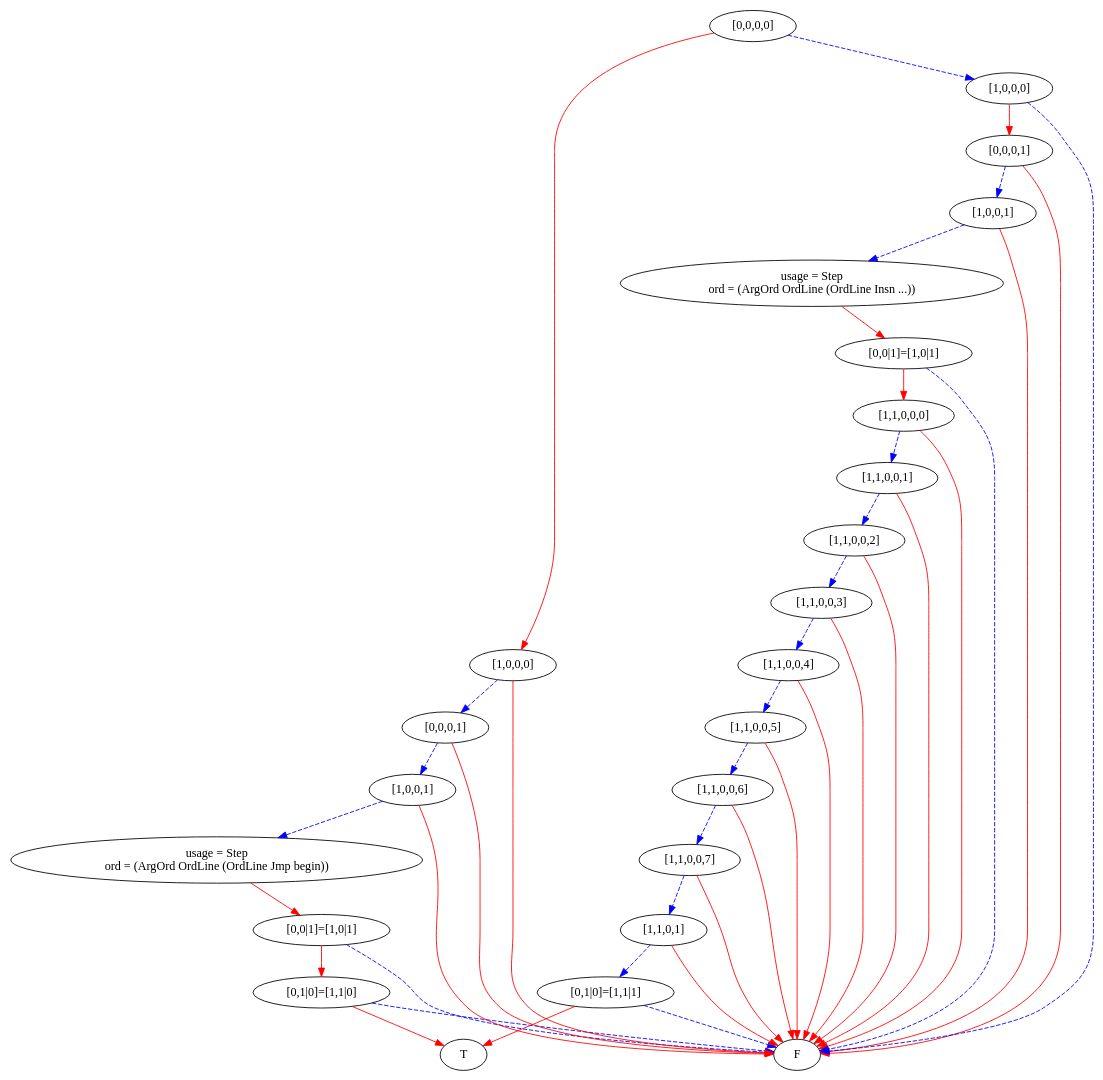
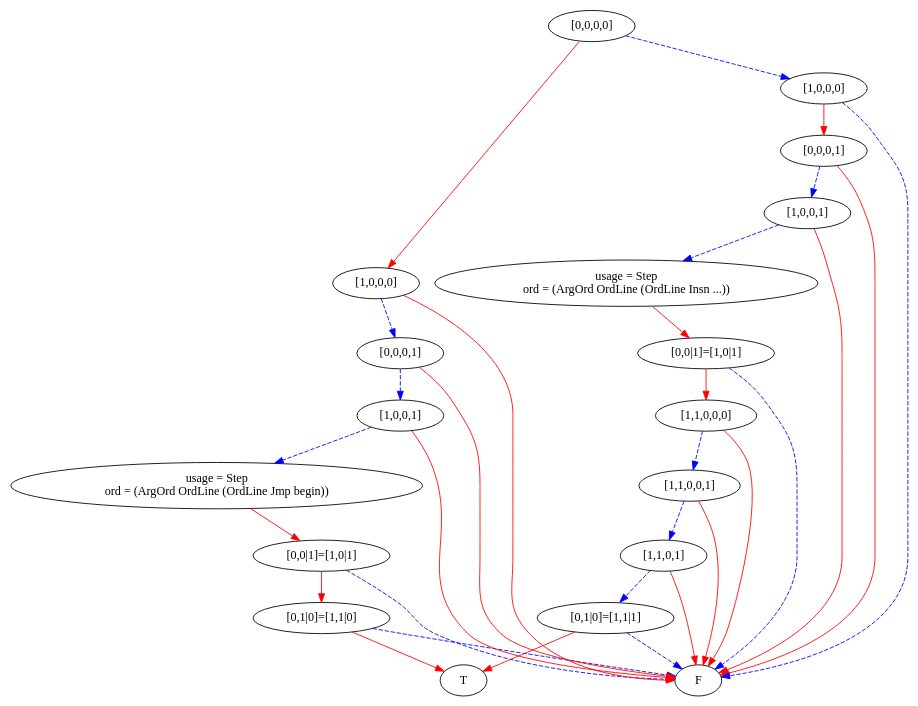
The diagram in simpleProgram5b.dot (mburyakov/minxmod), drawn with Graphviz before and after one commit. The commit also changed 1 other file, not shown here.

```diff
--- a/simpleProgram5b.dot
+++ b/simpleProgram5b.dot
@@ -1,88 +1,64 @@
 digraph {
     1 [label=F];
     2 [label=T];
     3 [label="[0,1|0]=[1,1|0]"];
     4 [label="[0,0|1]=[1,0|1]"];
     5 [label="usage = Step\nord = (ArgOrd OrdLine (OrdLine Jmp begin))"];
     6 [label="[1,0,0,1]"];
     7 [label="[0,0,0,1]"];
     8 [label="[1,0,0,0]"];
     9 [label="[0,1|0]=[1,1|1]"];
     10 [label="[1,1,0,1]"];
-    11 [label="[1,1,0,0,7]"];
-    12 [label="[1,1,0,0,6]"];
-    13 [label="[1,1,0,0,5]"];
-    14 [label="[1,1,0,0,4]"];
-    15 [label="[1,1,0,0,3]"];
-    16 [label="[1,1,0,0,2]"];
-    17 [label="[1,1,0,0,1]"];
-    18 [label="[1,1,0,0,0]"];
-    19 [label="[0,0|1]=[1,0|1]"];
-    20 [label="usage = Step\nord = (ArgOrd OrdLine (OrdLine Insn ...))"];
-    21 [label="[1,0,0,1]"];
-    22 [label="[0,0,0,1]"];
-    23 [label="[1,0,0,0]"];
-    24 [label="[0,0,0,0]"];
+    11 [label="[1,1,0,0,1]"];
+    12 [label="[1,1,0,0,0]"];
+    13 [label="[0,0|1]=[1,0|1]"];
+    14 [label="usage = Step\nord = (ArgOrd OrdLine (OrdLine Insn ...))"];
+    15 [label="[1,0,0,1]"];
+    16 [label="[0,0,0,1]"];
+    17 [label="[1,0,0,0]"];
+    18 [label="[0,0,0,0]"];
     3 -> 1 [style=dashed
            ,color=blue];
     3 -> 2 [color=red];
     4 -> 3 [color=red];
     4 -> 1 [style=dashed
            ,color=blue];
     5 -> 4 [color=red];
     6 -> 5 [style=dashed
            ,color=blue];
     6 -> 1 [color=red];
     7 -> 6 [style=dashed
            ,color=blue];
     7 -> 1 [color=red];
     8 -> 7 [style=dashed
            ,color=blue];
     8 -> 1 [color=red];
     9 -> 1 [style=dashed
            ,color=blue];
     9 -> 2 [color=red];
     10 -> 9 [style=dashed
             ,color=blue];
     10 -> 1 [color=red];
     11 -> 10 [style=dashed
              ,color=blue];
     11 -> 1 [color=red];
     12 -> 11 [style=dashed
              ,color=blue];
     12 -> 1 [color=red];
-    13 -> 12 [style=dashed
-             ,color=blue];
-    13 -> 1 [color=red];
-    14 -> 13 [style=dashed
-             ,color=blue];
-    14 -> 1 [color=red];
+    13 -> 12 [color=red];
+    13 -> 1 [style=dashed
+            ,color=blue];
+    14 -> 13 [color=red];
     15 -> 14 [style=dashed
              ,color=blue];
     15 -> 1 [color=red];
     16 -> 15 [style=dashed
              ,color=blue];
     16 -> 1 [color=red];
-    17 -> 16 [style=dashed
-             ,color=blue];
-    17 -> 1 [color=red];
+    17 -> 16 [color=red];
+    17 -> 1 [style=dashed
+            ,color=blue];
+    18 -> 8 [color=red];
     18 -> 17 [style=dashed
              ,color=blue];
-    18 -> 1 [color=red];
-    19 -> 18 [color=red];
-    19 -> 1 [style=dashed
-            ,color=blue];
-    20 -> 19 [color=red];
-    21 -> 20 [style=dashed
-             ,color=blue];
-    21 -> 1 [color=red];
-    22 -> 21 [style=dashed
-             ,color=blue];
-    22 -> 1 [color=red];
-    23 -> 22 [color=red];
-    23 -> 1 [style=dashed
-            ,color=blue];
-    24 -> 8 [color=red];
-    24 -> 23 [style=dashed
-             ,color=blue];
 }
```
